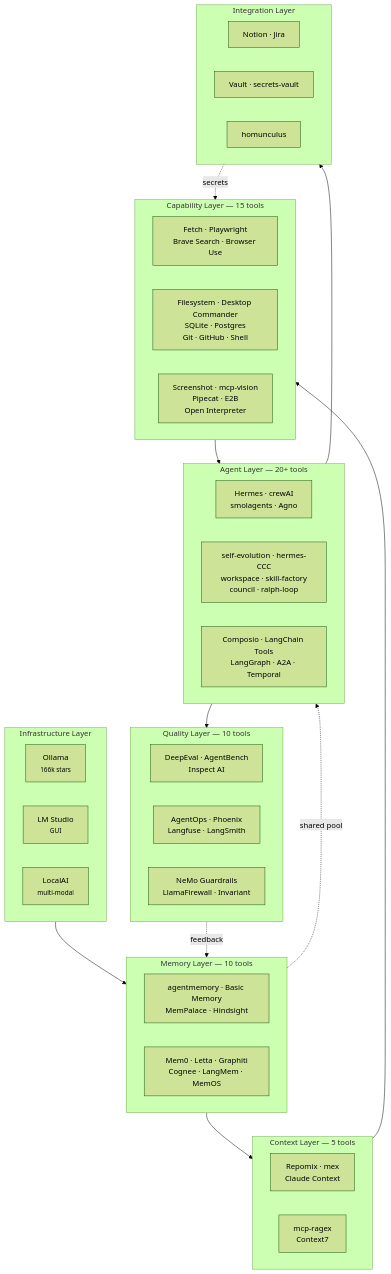
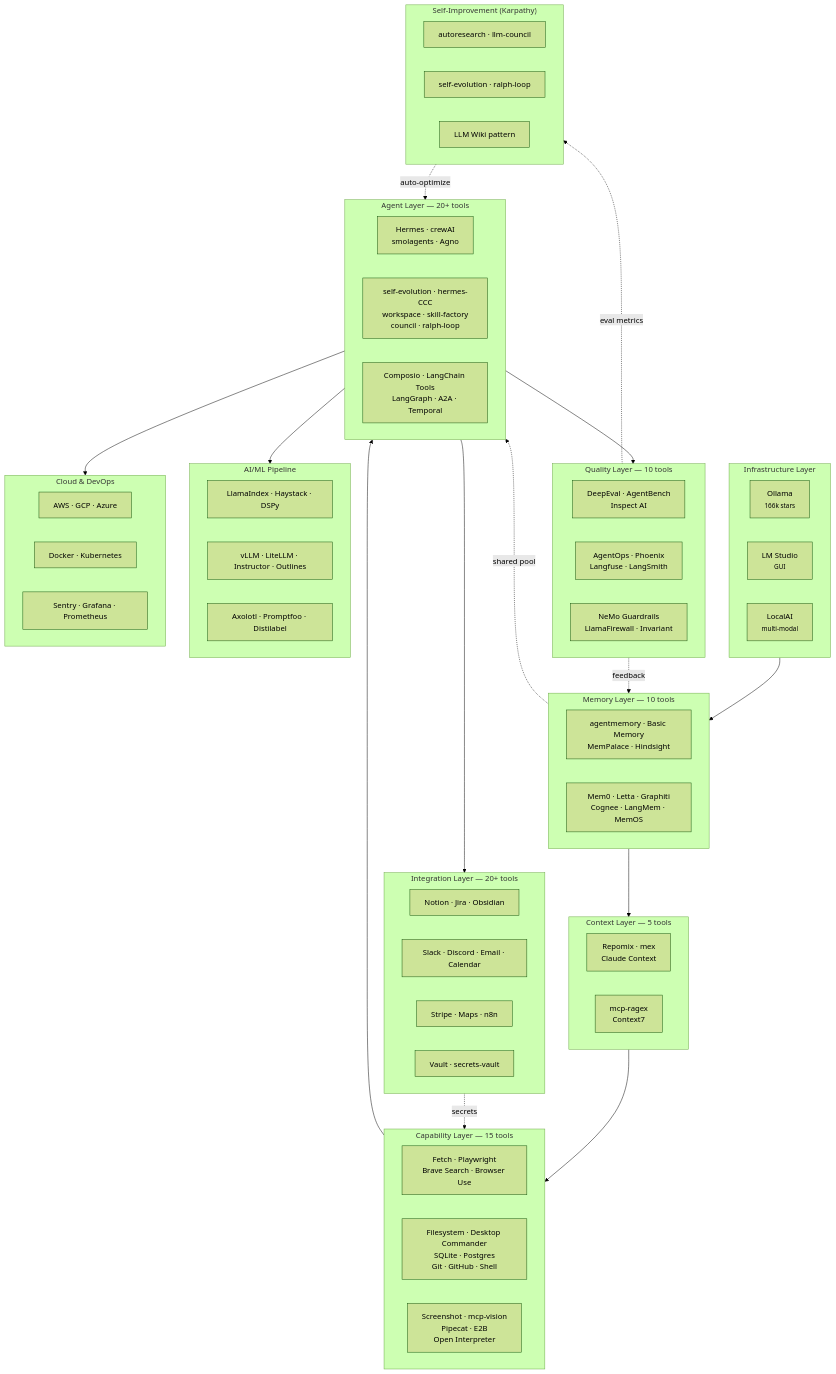
Before and after one commit to Yousifus/ai-evolution-stack: the diagram in README.md, drawn with Mermaid (forest theme). The commit also changed other lines of this file and 2 other files, not shown here.

First line of the commit message:
v4: 100+ tools, Karpathy self-improvement, DevOps, RAG, cloud, notifications

````diff
--- a/README.md
+++ b/README.md
@@ -64,11 +64,33 @@
         Q_SAFE["NeMo Guardrails<br/>LlamaFirewall · Invariant"]
     end
 
-    subgraph INTEGRATIONS["Integration Layer"]
+    subgraph INTEGRATIONS["Integration Layer — 20+ tools"]
         direction LR
-        INT1["Notion · Jira"]
-        INT2["Vault · secrets-vault"]
-        INT3["homunculus"]
+        INT1["Notion · Jira · Obsidian"]
+        INT2["Slack · Discord · Email · Calendar"]
+        INT3["Stripe · Maps · n8n"]
+        INT4["Vault · secrets-vault"]
+    end
+
+    subgraph MLPIPE["AI/ML Pipeline"]
+        direction LR
+        ML1["LlamaIndex · Haystack · DSPy"]
+        ML2["vLLM · LiteLLM · Instructor · Outlines"]
+        ML3["Axolotl · Promptfoo · Distilabel"]
+    end
+
+    subgraph CLOUD["Cloud & DevOps"]
+        direction LR
+        CL1["AWS · GCP · Azure"]
+        CL2["Docker · Kubernetes"]
+        CL3["Sentry · Grafana · Prometheus"]
+    end
+
+    subgraph SELFIMPROVE["Self-Improvement (Karpathy)"]
+        direction LR
+        SI1["autoresearch · llm-council"]
+        SI2["self-evolution · ralph-loop"]
+        SI3["LLM Wiki pattern"]
     end
 
     INFRA --> MEMORY
@@ -77,7 +99,11 @@
     TOOLS --> AGENT
     AGENT --> QUALITY
     AGENT --> INTEGRATIONS
+    AGENT --> MLPIPE
+    AGENT --> CLOUD
     MEMORY -.->|"shared pool"| AGENT
     QUALITY -.->|"feedback"| MEMORY
+    SELFIMPROVE -.->|"auto-optimize"| AGENT
+    QUALITY -.->|"eval metrics"| SELFIMPROVE
     INTEGRATIONS -.->|"secrets"| TOOLS
 ```
````
